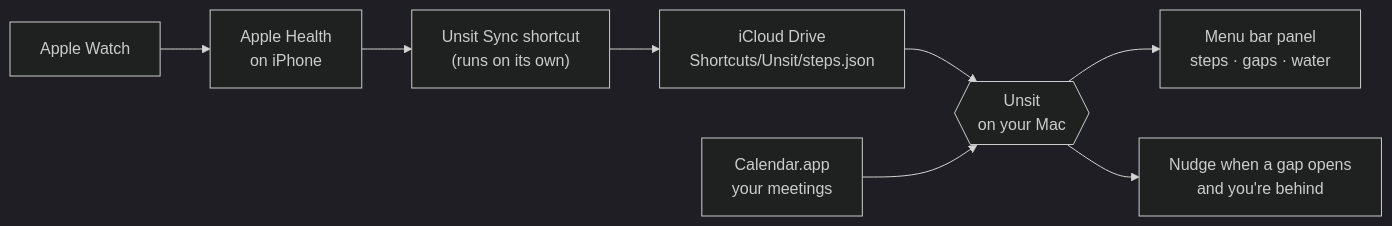
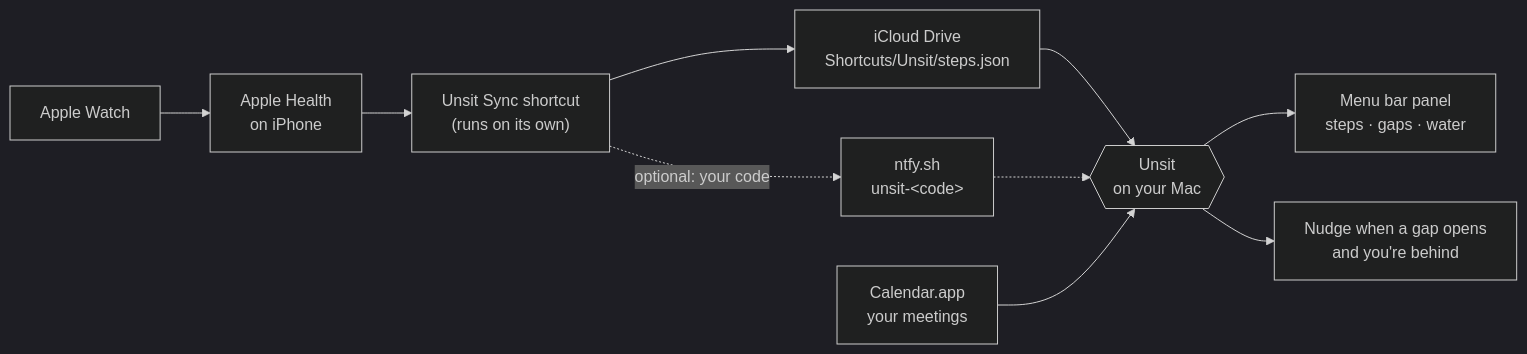
Before and after one commit to jorgesousa/Unsit: the diagram in README.md, drawn with Mermaid (dark theme). The commit also changed other lines of this file and 3 other files, not shown here.

First line of the commit message:
0.3.0: connect a Mac without your iCloud with a code (ntfy.sh)

````diff
--- a/README.md
+++ b/README.md
@@ -105,10 +113,12 @@
 ```mermaid
 flowchart LR
     W["Apple Watch"] --> H["Apple Health<br/>on iPhone"]
     H --> S["Unsit Sync shortcut<br/>(runs on its own)"]
     S --> I["iCloud Drive<br/>Shortcuts/Unsit/steps.json"]
     I --> U{{"Unsit<br/>on your Mac"}}
+    S -. "optional: your code" .-> R["ntfy.sh<br/>unsit-&lt;code&gt;"]
+    R -.-> U
     C["Calendar.app<br/>your meetings"] --> U
     U --> P["Menu bar panel<br/>steps · gaps · water"]
     U --> N["Nudge when a gap opens<br/>and you're behind"]
 ```
````
